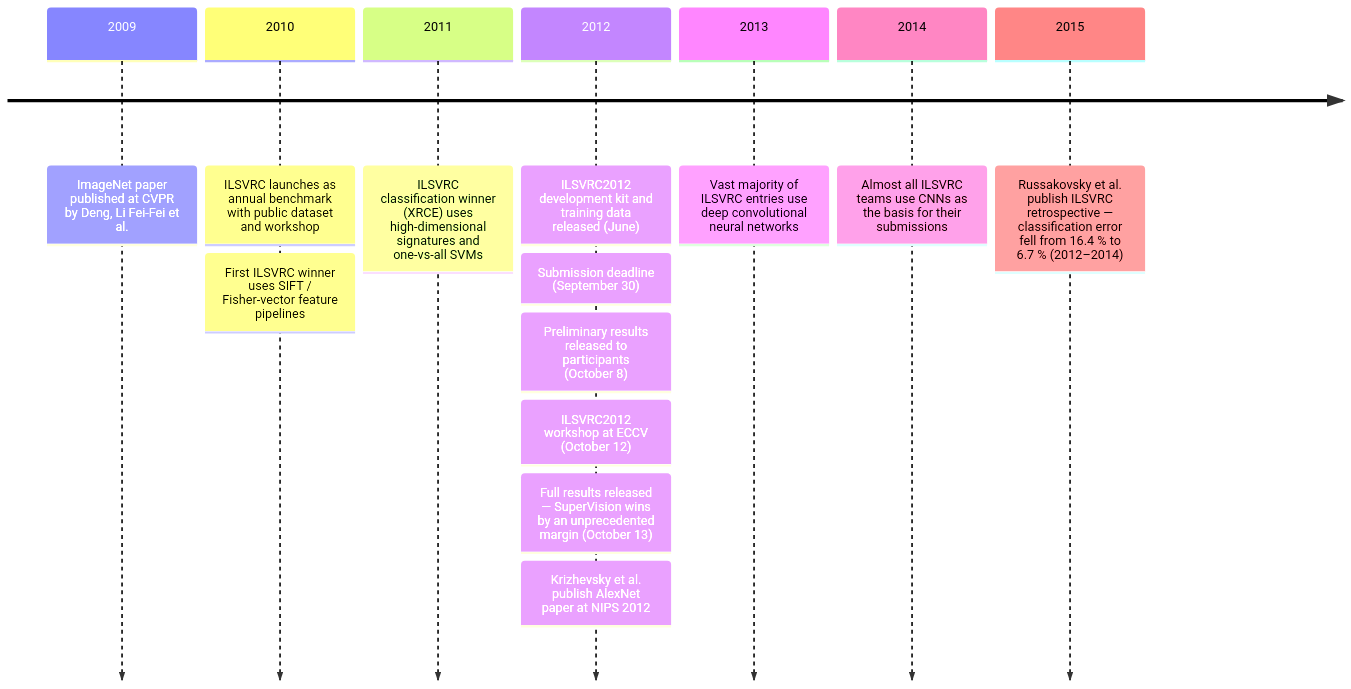
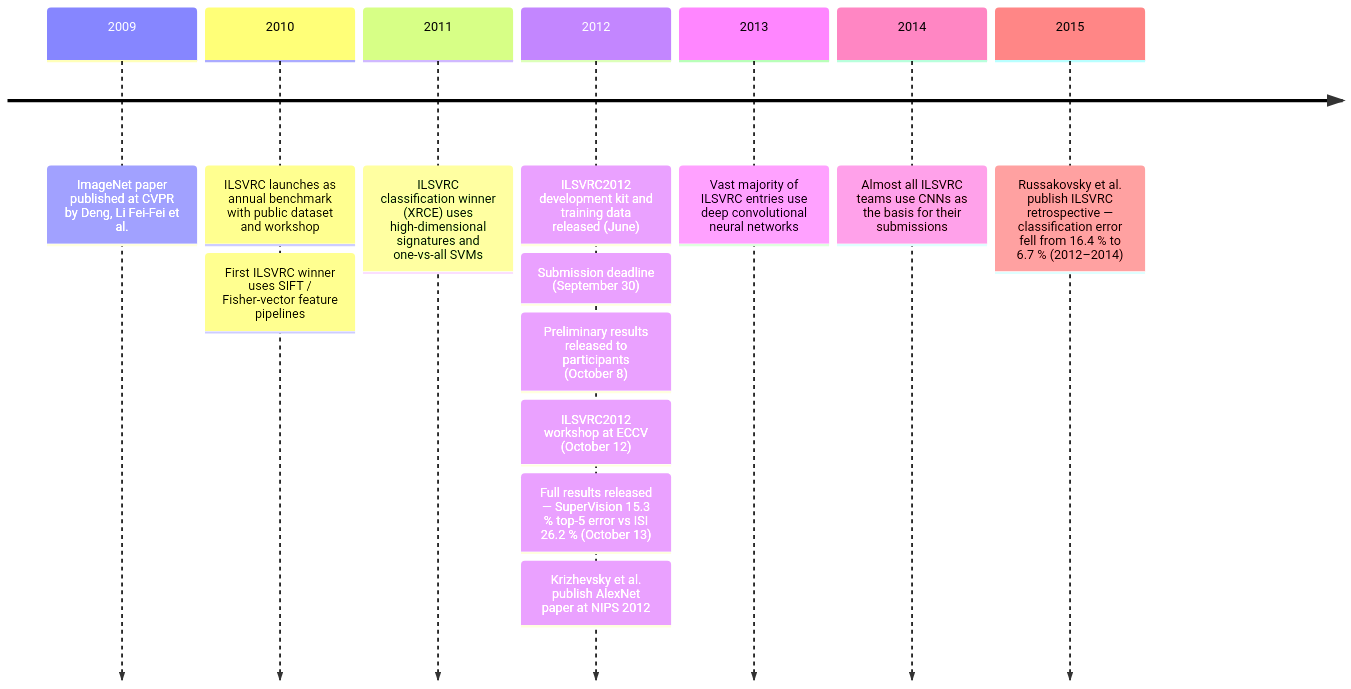
Before and after one commit to krisztiankoos/kubedojo: the diagram in src/content/docs/ai-history/ch-43-the-imagenet-smash.md, drawn with Mermaid. The commit also changed other lines of this file and 2 other files, not shown here.

Commit message:
docs(ai-history): restore Ch42-Ch44 reader anchors

````diff
--- a/src/content/docs/ai-history/ch-43-the-imagenet-smash.md
+++ b/src/content/docs/ai-history/ch-43-the-imagenet-smash.md
@@ -29,16 +29,16 @@
 ```mermaid
 timeline
   2009 : ImageNet paper published at CVPR by Deng, Li Fei-Fei et al.
   2010 : ILSVRC launches as annual benchmark with public dataset and workshop
        : First ILSVRC winner uses SIFT / Fisher-vector feature pipelines
   2011 : ILSVRC classification winner (XRCE) uses high-dimensional signatures and one-vs-all SVMs
   2012 : ILSVRC2012 development kit and training data released (June)
        : Submission deadline (September 30)
        : Preliminary results released to participants (October 8)
        : ILSVRC2012 workshop at ECCV (October 12)
-       : Full results released — SuperVision wins by an unprecedented margin (October 13)
+       : Full results released — SuperVision 15.3 % top-5 error vs ISI 26.2 % (October 13)
        : Krizhevsky et al. publish AlexNet paper at NIPS 2012
   2013 : Vast majority of ILSVRC entries use deep convolutional neural networks
   2014 : Almost all ILSVRC teams use CNNs as the basis for their submissions
   2015 : Russakovsky et al. publish ILSVRC retrospective — classification error fell from 16.4 % to 6.7 % (2012–2014)
 ```
````
